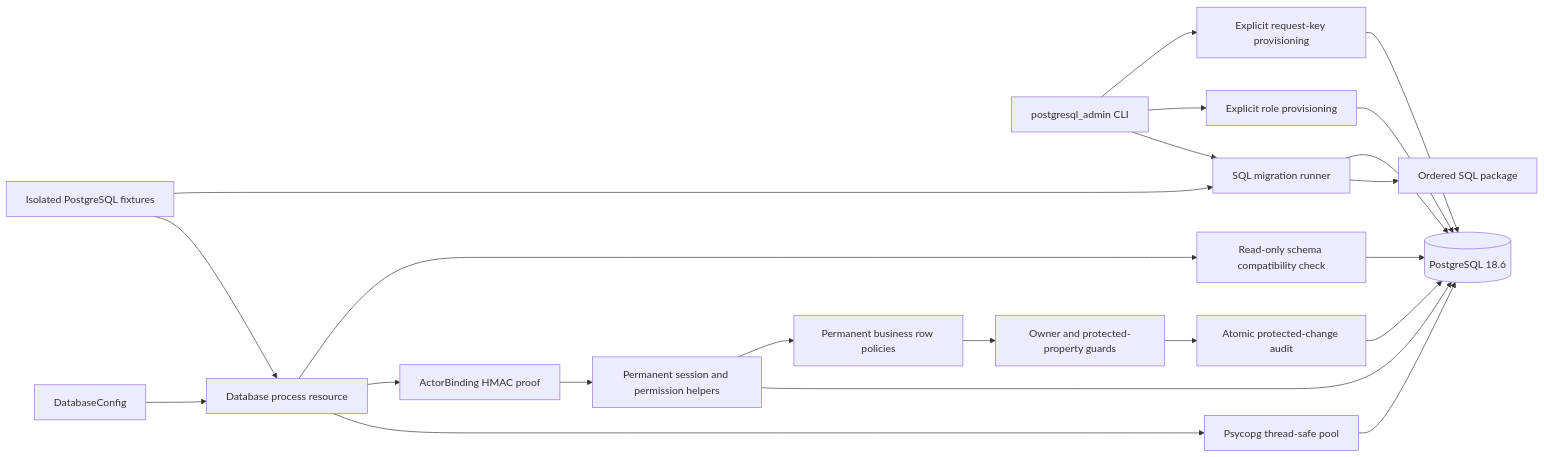
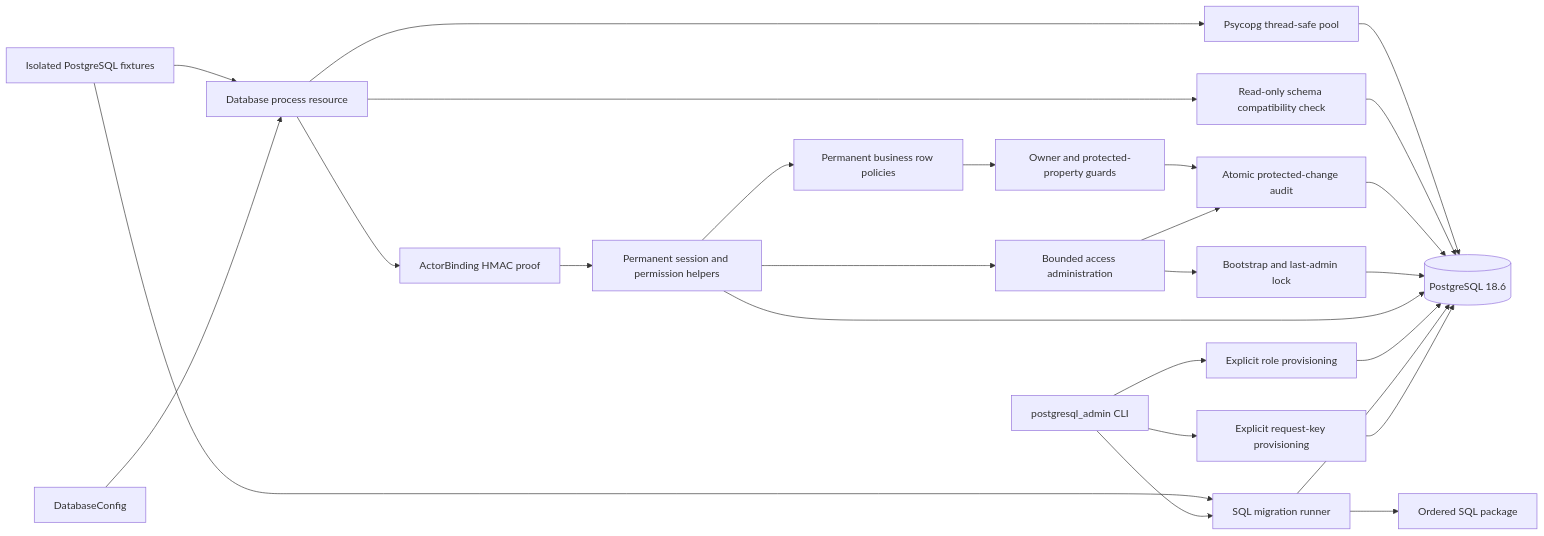
Before and after one commit to cboguet83/eppm_demo: the diagram in docs/implementation/postgresql-foundation.md, drawn with Mermaid. The commit also changed other lines of this file and 6 other files, not shown here.

Commit message:
Add audited PostgreSQL access administration and concurrent bootstrap

````diff
--- a/docs/implementation/postgresql-foundation.md
+++ b/docs/implementation/postgresql-foundation.md
@@ -47,24 +47,28 @@
 ```mermaid
 flowchart LR
     Operator[postgresql_admin CLI] --> Migration[SQL migration runner]
     Operator --> Provision[Explicit role provisioning]
     Operator --> Key[Explicit request-key provisioning]
     Key --> DB
     Migration --> SQL[Ordered SQL package]
     Migration --> DB[(PostgreSQL 18.6)]
     Provision --> DB
     Config[DatabaseConfig] --> Resource[Database process resource]
     Resource --> Pool[Psycopg thread-safe pool]
     Resource --> Binding[ActorBinding HMAC proof]
     Binding --> Authorization[Permanent session and permission helpers]
     Authorization --> DB
     Authorization --> Policies[Permanent business row policies]
+    Authorization --> Access[Bounded access administration]
+    Access --> Audit
+    Access --> Continuity[Bootstrap and last-admin lock]
+    Continuity --> DB
     Policies --> Guards[Owner and protected-property guards]
     Guards --> Audit[Atomic protected-change audit]
     Audit --> DB
     Resource --> Check[Read-only schema compatibility check]
     Check --> DB
     Pool --> DB
     Tests[Isolated PostgreSQL fixtures] --> Resource
     Tests --> Migration
 ```
````
